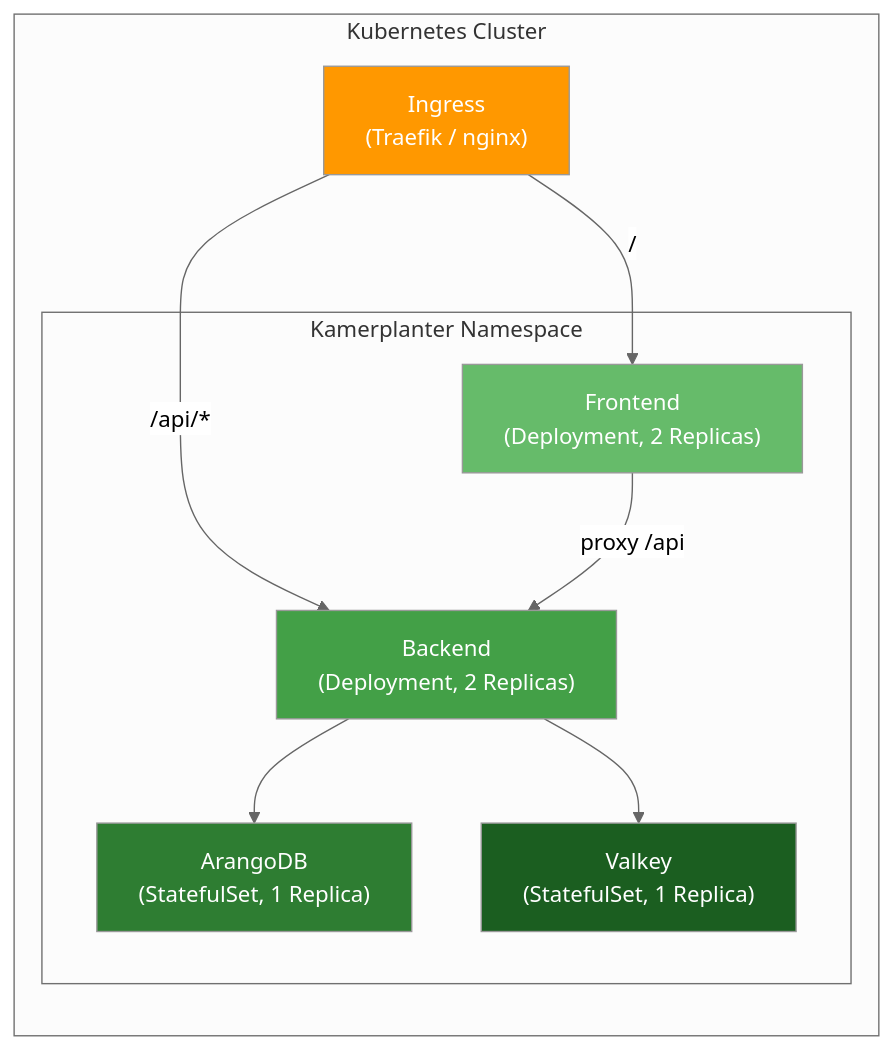
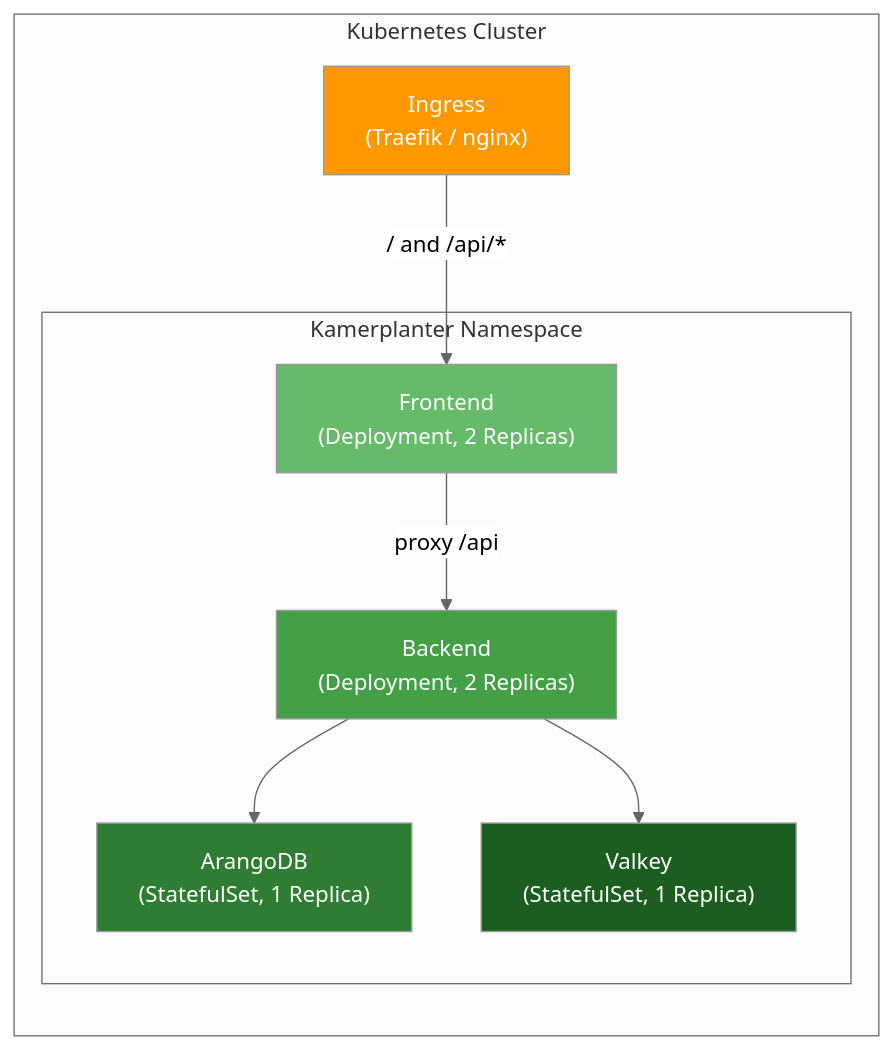
The diagram in docs/en/deployment/kubernetes.md (nolte/kamerplanter), drawn with Mermaid (neutral theme) before and after one commit. The commit also changed other lines of this file and 19 other files, not shown here.

````diff
--- a/docs/en/deployment/kubernetes.md
+++ b/docs/en/deployment/kubernetes.md
@@ -22,26 +22,25 @@
 ```mermaid
 flowchart TB
     subgraph "Kubernetes Cluster"
         direction TB
         ING["Ingress<br/>(Traefik / nginx)"]
 
         subgraph "Kamerplanter Namespace"
             FE["Frontend<br/>(Deployment, 2 Replicas)"]
             BE["Backend<br/>(Deployment, 2 Replicas)"]
             DB["ArangoDB<br/>(StatefulSet, 1 Replica)"]
             VK["Valkey<br/>(StatefulSet, 1 Replica)"]
         end
     end
 
-    ING -->|"/api/*"| BE
-    ING -->|"/"| FE
+    ING -->|"/ and /api/*"| FE
     BE --> DB
     BE --> VK
     FE -->|"proxy /api"| BE
 
     style ING fill:#FF9800,color:#fff
     style FE fill:#66BB6A,color:#fff
     style BE fill:#43A047,color:#fff
     style DB fill:#2E7D32,color:#fff
     style VK fill:#1B5E20,color:#fff
 ```
````
